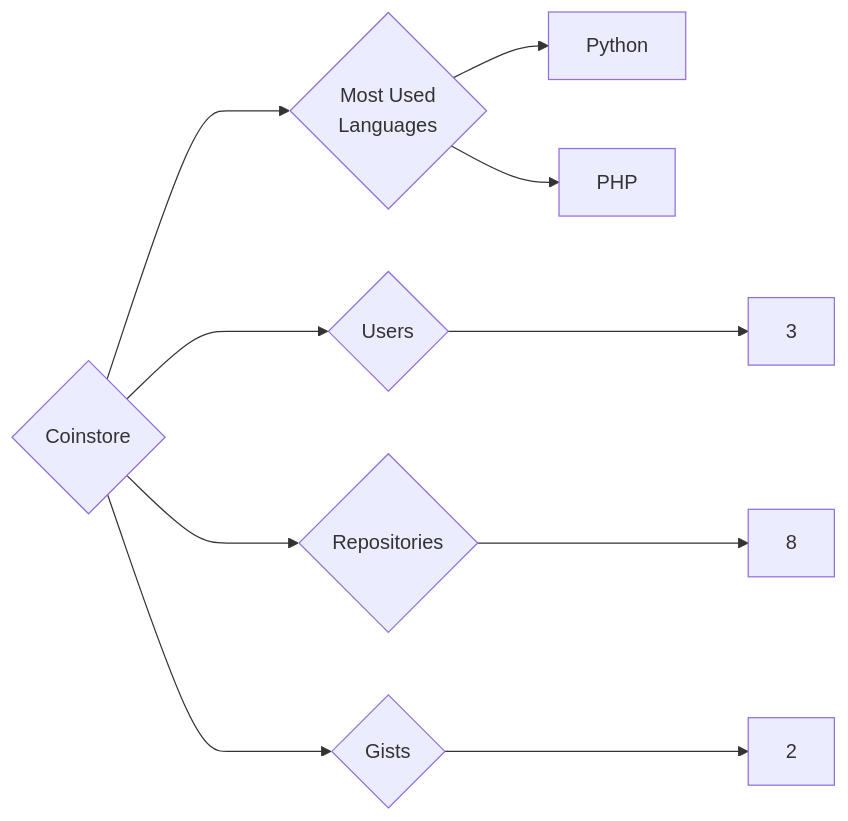
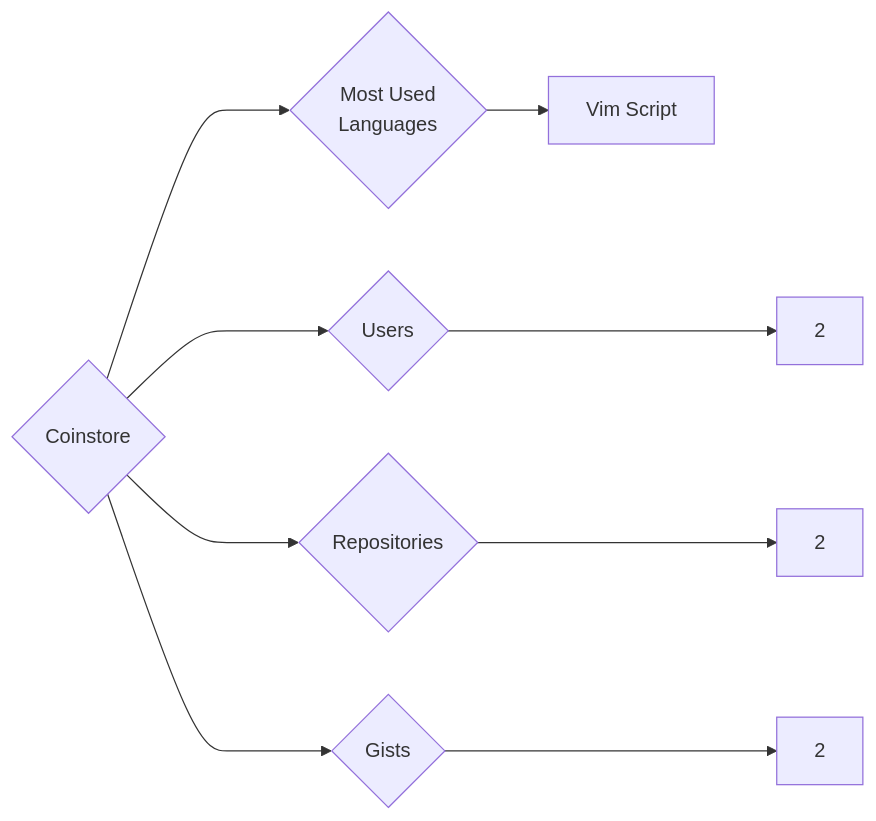
Before and after one commit to trickest/insiders: the diagram in targets/Coinstore/README.md, drawn with Mermaid. The commit also changed 1170 other files, not shown here.

````diff
--- a/targets/Coinstore/README.md
+++ b/targets/Coinstore/README.md
@@ -3,10 +3,9 @@
 ```mermaid
 graph LR
 COMPANY_NAME{Coinstore}
-COMPANY_NAME ---> U{Users} ---> UN[3]
-COMPANY_NAME ---> R{Repositories} ---> RN[8]
+COMPANY_NAME ---> U{Users} ---> UN[2]
+COMPANY_NAME ---> R{Repositories} ---> RN[2]
 COMPANY_NAME ---> G{Gists} ---> GN[2]
 COMPANY_NAME ---> ML{Most Used<br>Languages}
-ML --> Python[Python]
-ML --> PHP[PHP]
+ML --> Vim_Script[Vim Script]
 ```
````
